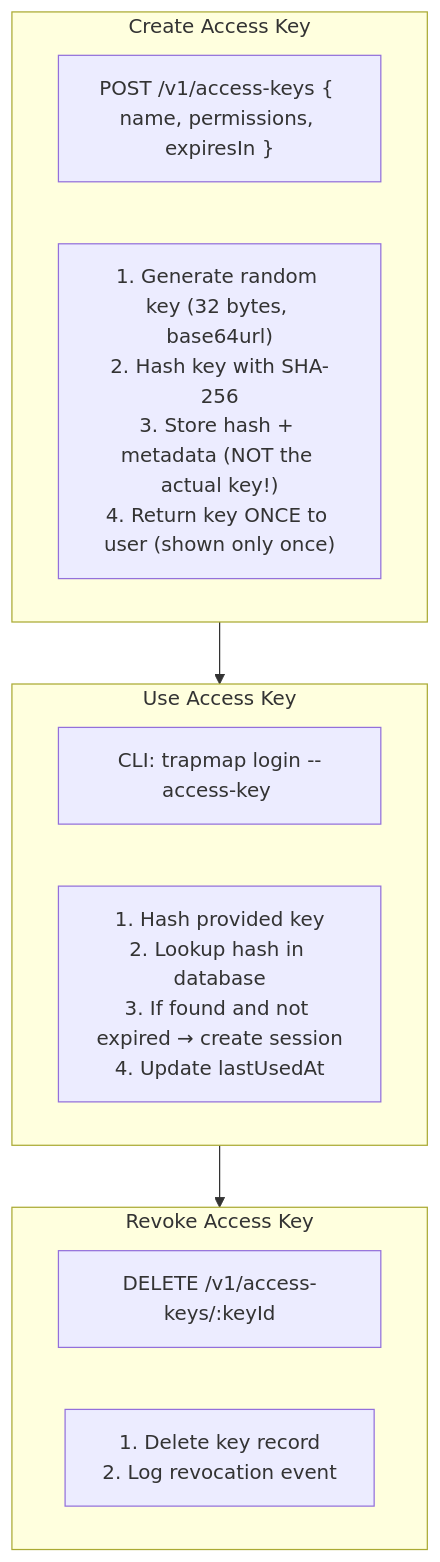
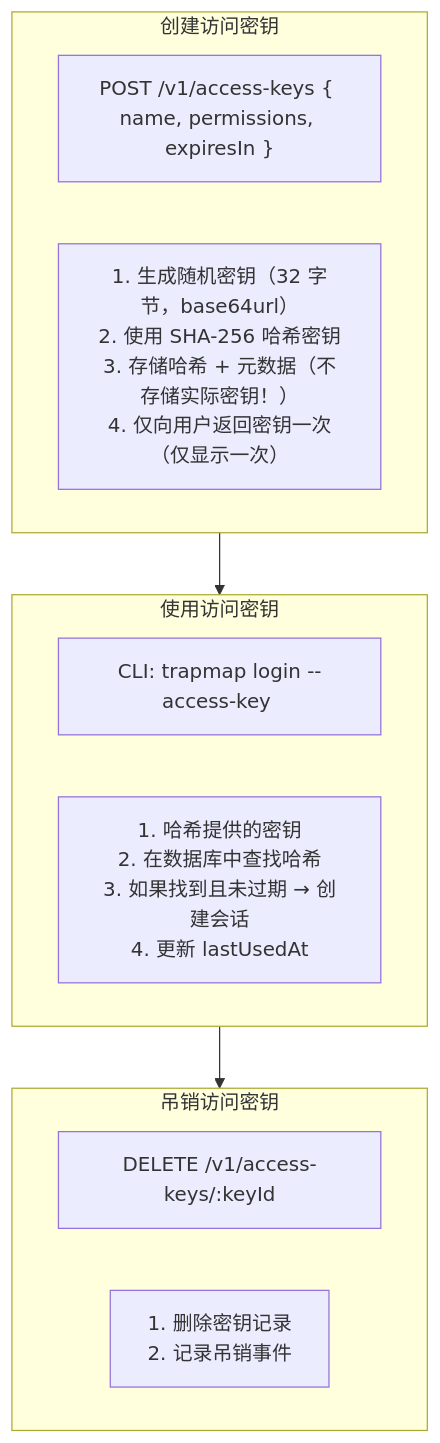
Before and after one commit to pofossette/TrapMap-for-vibing: the third of 4 diagrams in docs/architecture/components/GOVERNANCE.md, drawn with Mermaid. The commit also changed other lines of this file and 31 other files, not shown here.

````diff
--- a/docs/architecture/components/GOVERNANCE.md
+++ b/docs/architecture/components/GOVERNANCE.md
@@ -354,19 +354,19 @@
 ```mermaid
 flowchart TB
-    subgraph Create["Create Access Key"]
+    subgraph 创建密钥["创建访问密钥"]
         A1["POST /v1/access-keys { name, permissions, expiresIn }"]
-        A2["1. Generate random key (32 bytes, base64url)\n2. Hash key with SHA-256\n3. Store hash + metadata (NOT the actual key!)\n4. Return key ONCE to user (shown only once)"]
+        A2["1. 生成随机密钥（32 字节，base64url）\n2. 使用 SHA-256 哈希密钥\n3. 存储哈希 + 元数据（不存储实际密钥！）\n4. 仅向用户返回密钥一次（仅显示一次）"]
     end
 
-    subgraph Use["Use Access Key"]
+    subgraph 使用密钥["使用访问密钥"]
         B1["CLI: trapmap login --access-key <key>"]
-        B2["1. Hash provided key\n2. Lookup hash in database\n3. If found and not expired → create session\n4. Update lastUsedAt"]
+        B2["1. 哈希提供的密钥\n2. 在数据库中查找哈希\n3. 如果找到且未过期 → 创建会话\n4. 更新 lastUsedAt"]
     end
 
-    subgraph Revoke["Revoke Access Key"]
+    subgraph 吊销密钥["吊销访问密钥"]
         C1["DELETE /v1/access-keys/:keyId"]
-        C2["1. Delete key record\n2. Log revocation event"]
+        C2["1. 删除密钥记录\n2. 记录吊销事件"]
     end
 
-    Create --> Use --> Revoke
+    创建密钥 --> 使用密钥 --> 吊销密钥
 ```
````
